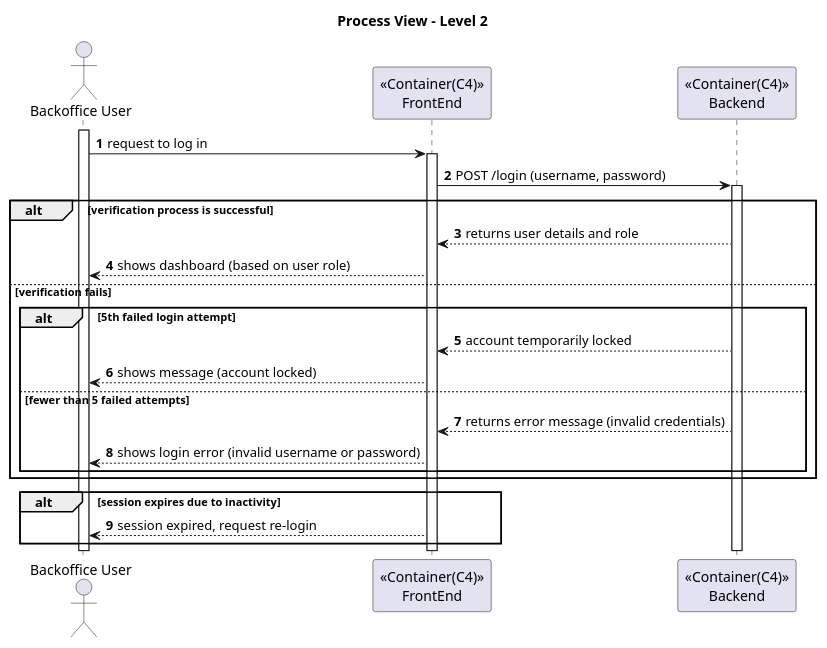
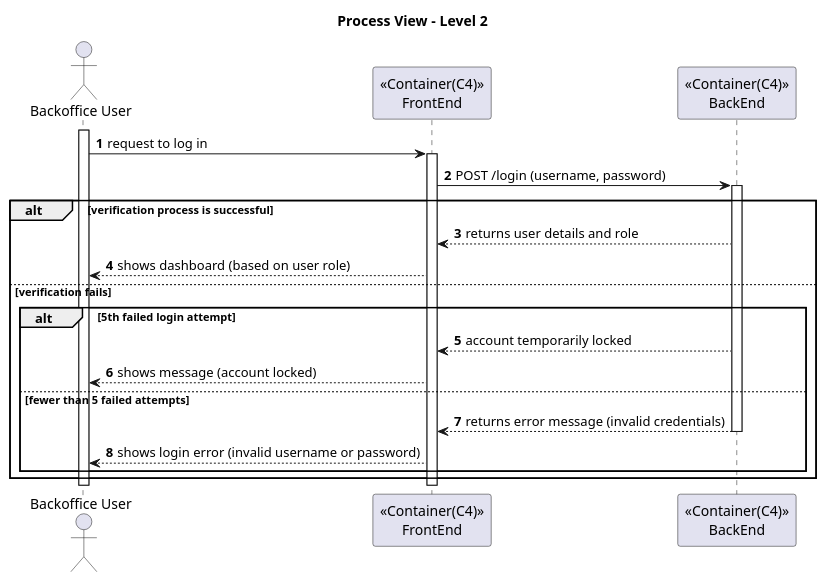
The diagram in Docs/SprintA/US6/level2/process_view.puml (Saquinho74/LAPR5), drawn with PlantUML before and after one commit. The commit also changed 5 other files, not shown here.

```diff
--- a/Docs/SprintA/US6/level2/process_view.puml
+++ b/Docs/SprintA/US6/level2/process_view.puml
@@ -1,43 +1,43 @@
 @startuml
 'https://plantuml.com/sequence-diagram
 
 autonumber
 actor "Backoffice User" as user
 participant "<<Container(C4)>>\nFrontEnd" as sys
-participant "<<Container(C4)>>\nBackend" as Backend
+participant "<<Container(C4)>>\nBackEnd" as Backend
 
 activate user
 
 title Process View - Level 2
 
 user -> sys: request to log in
 
 activate sys
 
 sys -> "Backend" : POST /login (username, password)
 
 activate "Backend"
 
 alt verification process is successful
     "Backend" --> sys : returns user details and role
     sys --> user : shows dashboard (based on user role)
 
 else verification fails
     alt 5th failed login attempt
         "Backend" --> sys: account temporarily locked
         sys --> user: shows message (account locked)
     else fewer than 5 failed attempts
         "Backend" --> sys: returns error message (invalid credentials)
+
+        deactivate "Backend"
+
         sys --> user: shows login error (invalid username or password)
     end
 end
 
-alt session expires due to inactivity
-    sys --> user: session expired, request re-login
-end
 
 deactivate Backend
 deactivate sys
 deactivate user
 
 @enduml
```
